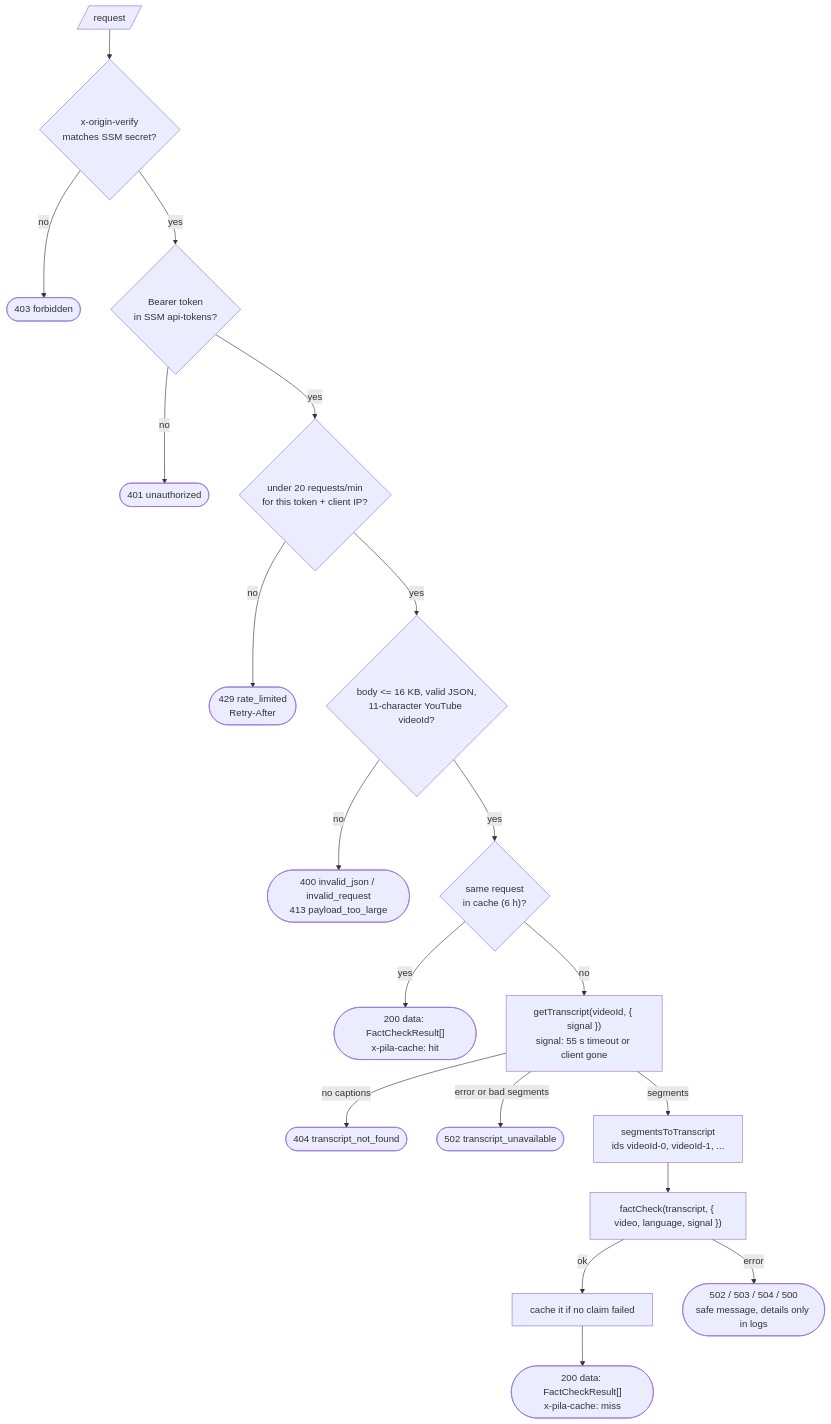
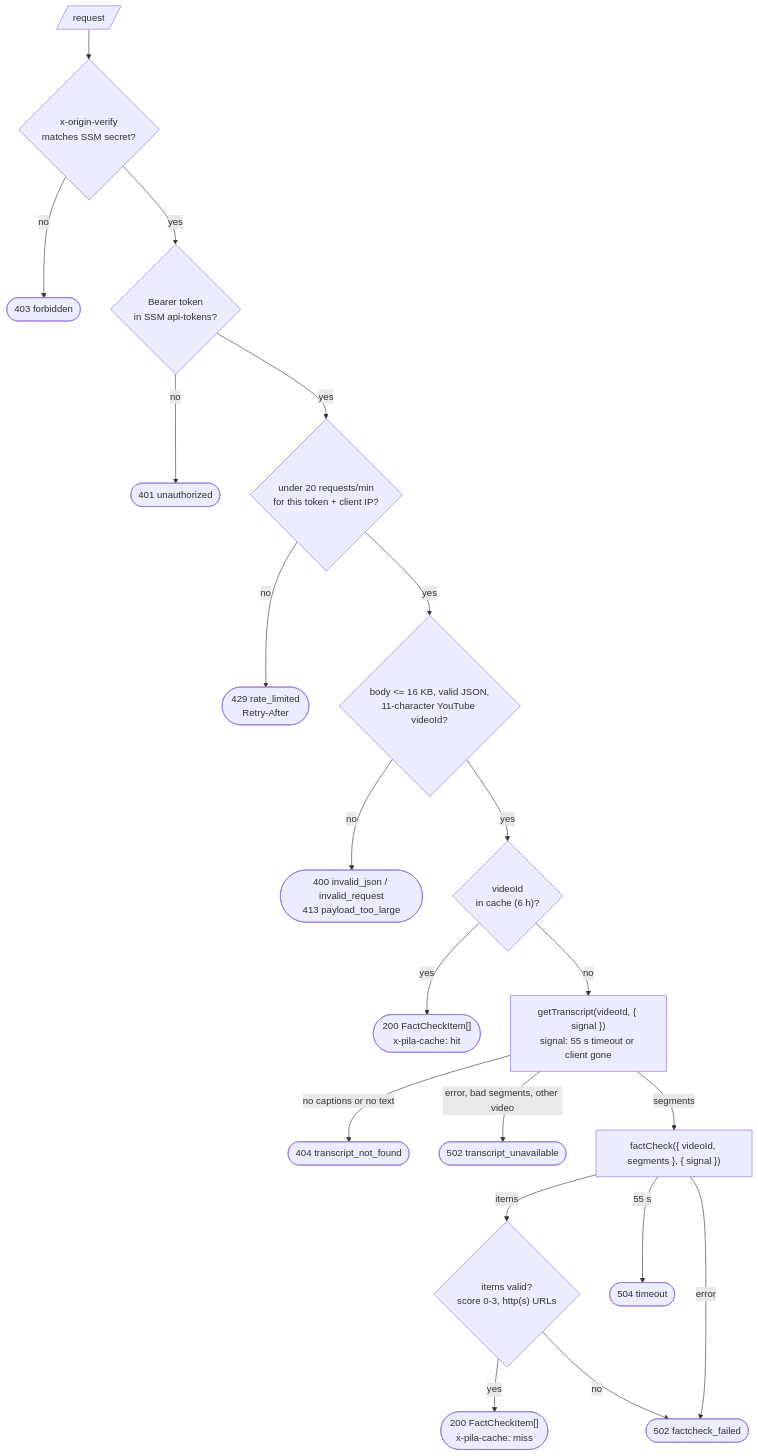
The second of 6 diagrams in packages/factcheck/docs/workflow.md (twbraam/pila), drawn with Mermaid before and after one commit. The commit also changed other lines of this file and 18 other files, not shown here.

First line of the commit message:
feat: API chains transcript and fact-check functions, returns FactCheckItem[] mock

````diff
--- a/packages/factcheck/docs/workflow.md
+++ b/packages/factcheck/docs/workflow.md
@@ -31,21 +31,22 @@
 ```mermaid
 flowchart TD
     R[/"request"/] --> O{"x-origin-verify<br/>matches SSM secret?"}
     O -->|"no"| E403(["403 forbidden"])
     O -->|"yes"| A{"Bearer token<br/>in SSM api-tokens?"}
     A -->|"no"| E401(["401 unauthorized"])
     A -->|"yes"| RL{"under 20 requests/min<br/>for this token + client IP?"}
     RL -->|"no"| E429(["429 rate_limited<br/>Retry-After"])
     RL -->|"yes"| B{"body <= 16 KB, valid JSON,<br/>11-character YouTube videoId?"}
     B -->|"no"| E400(["400 invalid_json / invalid_request<br/>413 payload_too_large"])
-    B -->|"yes"| C{"same request<br/>in cache (6 h)?"}
-    C -->|"yes"| HIT(["200 data: FactCheckResult[]<br/>x-pila-cache: hit"])
+    B -->|"yes"| C{"videoId<br/>in cache (6 h)?"}
+    C -->|"yes"| HIT(["200 FactCheckItem[]<br/>x-pila-cache: hit"])
     C -->|"no"| GT["getTranscript(videoId, { signal })<br/>signal: 55 s timeout or client gone"]
-    GT -->|"no captions"| E404(["404 transcript_not_found"])
-    GT -->|"error or bad segments"| E502(["502 transcript_unavailable"])
-    GT -->|"segments"| ST["segmentsToTranscript<br/>ids videoId-0, videoId-1, ..."]
-    ST --> RUN["factCheck(transcript, { video, language, signal })"]
-    RUN -->|"ok"| CACHE["cache it if no claim failed"]
-    CACHE --> MISS(["200 data: FactCheckResult[]<br/>x-pila-cache: miss"])
-    RUN -->|"error"| MAP(["502 / 503 / 504 / 500<br/>safe message, details only in logs"])
+    GT -->|"no captions or no text"| E404(["404 transcript_not_found"])
+    GT -->|"error, bad segments, other video"| E502(["502 transcript_unavailable"])
+    GT -->|"segments"| RUN["factCheck({ videoId, segments }, { signal })"]
+    RUN -->|"items"| V{"items valid?<br/>score 0-3, http(s) URLs"}
+    V -->|"yes"| MISS(["200 FactCheckItem[]<br/>x-pila-cache: miss"])
+    V -->|"no"| E502F(["502 factcheck_failed"])
+    RUN -->|"error"| E502F
+    RUN -->|"55 s"| E504(["504 timeout"])
 ```
````
